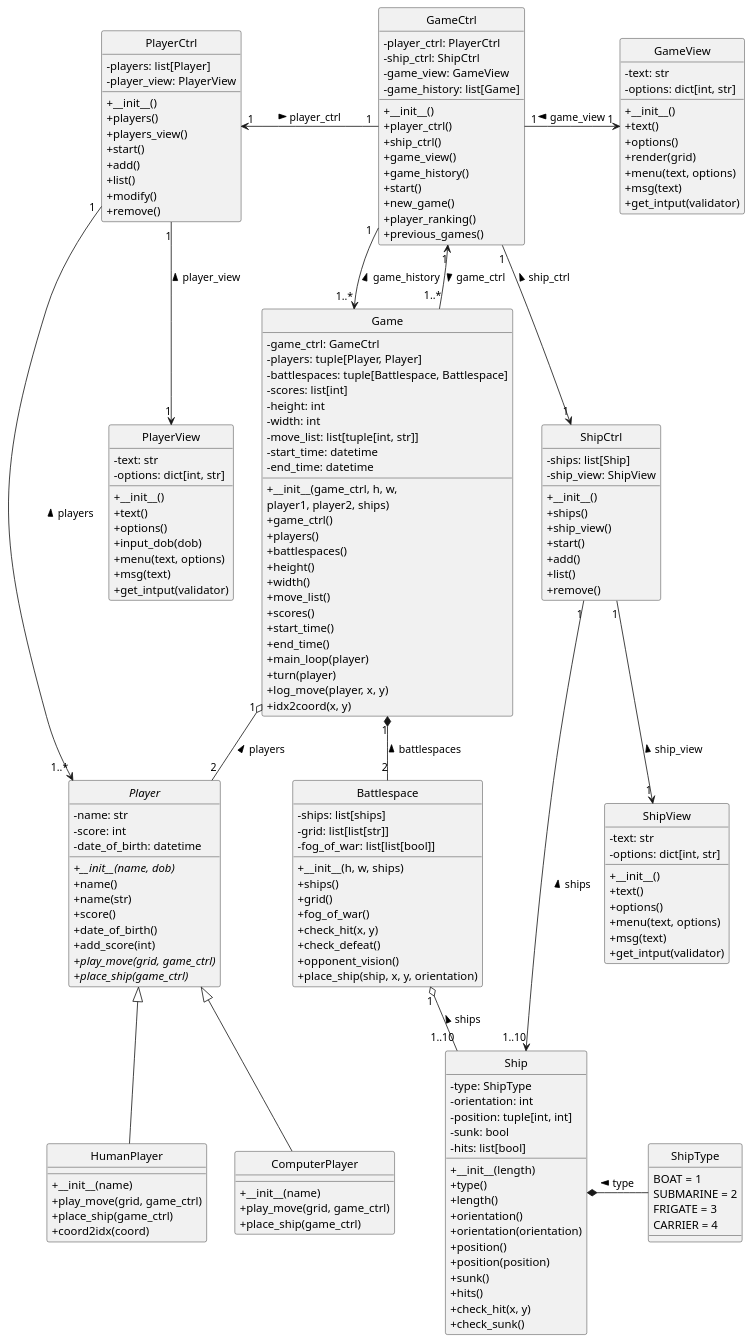
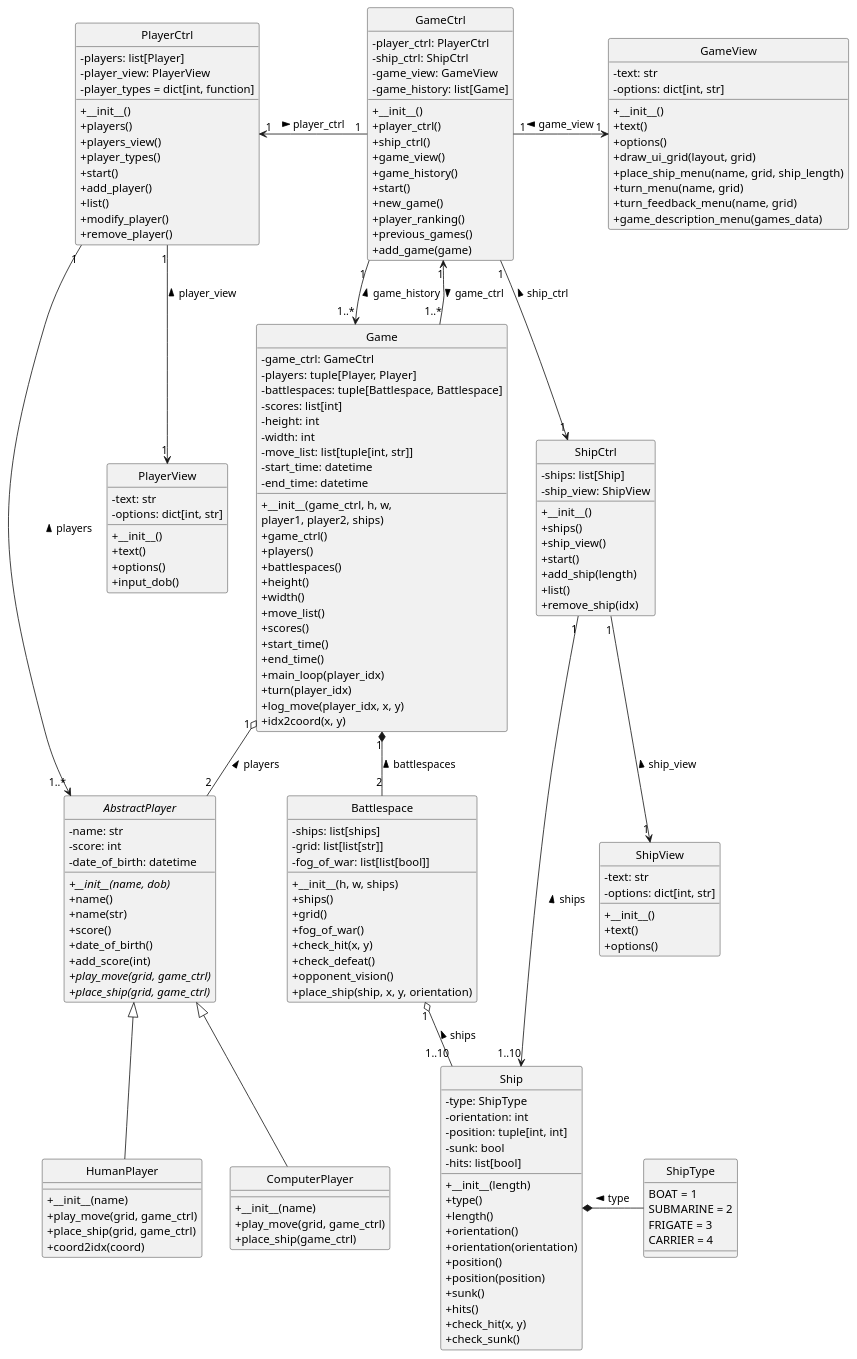
One commit to leoniro/battleship changed the diagram in class_diagram.puml. Above: the diagram before and after it, drawn with PlantUML. The commit also changed 4 other files, not shown here.

Commit message:
UML atualizado, submetendo

```diff
--- a/class_diagram.puml
+++ b/class_diagram.puml
@@ -1,200 +1,197 @@
 @startuml battleship_class_diagram
 
 skinparam classAttributeIconSize 0
 'left to right direction
 hide circle
 
 class Game {
     - game_ctrl: GameCtrl
     - players: tuple[Player, Player]
     - battlespaces: tuple[Battlespace, Battlespace]
     - scores: list[int]
     - height: int
     - width: int
     - move_list: list[tuple[int, str]]
     - start_time: datetime
     - end_time: datetime
     + __init__(game_ctrl, h, w,
             player1, player2, ships)
     + game_ctrl()
     + players()
     + battlespaces()
     + height()
     + width()
     + move_list()
     + scores()
     + start_time()
     + end_time()
-    + main_loop(player)
-    + turn(player)
-    + log_move(player, x, y)
+    + main_loop(player_idx)
+    + turn(player_idx)
+    + log_move(player_idx, x, y)
     + idx2coord(x, y)
 }
 
 class GameCtrl {
     - player_ctrl: PlayerCtrl
     - ship_ctrl: ShipCtrl
     - game_view: GameView
     - game_history: list[Game]
     + __init__()
     + player_ctrl()
     + ship_ctrl()
     + game_view()
     + game_history()
     + start()
     + new_game()
     + player_ranking()
     + previous_games()
+    + add_game(game)
 }
 
 class GameView {
     - text: str
     - options: dict[int, str]
     + __init__()
     + text()
     + options()
-    + render(grid)
-    + menu(text, options)
-    + msg(text)
-    + get_intput(validator)
+    + draw_ui_grid(layout, grid)
+    + place_ship_menu(name, grid, ship_length)
+    + turn_menu(name, grid)
+    + turn_feedback_menu(name, grid)
+    + game_description_menu(games_data)
 }
 
 class Battlespace {
     - ships: list[ships]
     - grid: list[list[str]]
     - fog_of_war: list[list[bool]]
     + __init__(h, w, ships)
     + ships()
     + grid()
     + fog_of_war()
     + check_hit(x, y)
     + check_defeat()
     + opponent_vision()
     + place_ship(ship, x, y, orientation)
 }
 
 class Ship {
     - type: ShipType
     - orientation: int
     - position: tuple[int, int]
     - sunk: bool
     - hits: list[bool]
     + __init__(length)
     + type()
     + length()
     + orientation()
     + orientation(orientation)
     + position()
     + position(position)
     + sunk()
     + hits()
     + check_hit(x, y)
     + check_sunk()
 }
 
 enum ShipType {
     BOAT = 1
     SUBMARINE = 2
     FRIGATE = 3
     CARRIER = 4
 }
 
 class ShipCtrl{
     - ships: list[Ship]
     - ship_view: ShipView
     + __init__()
     + ships()
     + ship_view()
     + start()
-    + add()
+    + add_ship(length)
     + list()
-    + remove()
+    + remove_ship(idx)
 }
 
 class ShipView {
     - text: str
     - options: dict[int, str]
     + __init__()
     + text()
     + options()
-    + menu(text, options)
-    + msg(text)
-    + get_intput(validator)
 }
 
 class PlayerCtrl {
     - players: list[Player]
     - player_view: PlayerView
+    - player_types = dict[int, function]
     + __init__()
     + players()
     + players_view()
+    + player_types()
     + start()
-    + add()
+    + add_player()
     + list()
-    + modify()
-    + remove()
+    + modify_player()
+    + remove_player()
 }
 
-abstract class Player {
+abstract class AbstractPlayer {
     - name: str
     - score: int
     - date_of_birth: datetime
     + __init__(name, dob) {abstract}
     + name()
     + name(str)
     + score()
     + date_of_birth()
     + add_score(int)
     + play_move(grid, game_ctrl) {abstract}
-    + place_ship(game_ctrl) {abstract}
+    + place_ship(grid, game_ctrl) {abstract}
 }
 
 class PlayerView {
     - text: str
     - options: dict[int, str]
     + __init__()
     + text()
     + options()
-    + input_dob(dob)
-    + menu(text, options)
-    + msg(text)
-    + get_intput(validator)
+    + input_dob()
 }
 
 class HumanPlayer {
     + __init__(name)
     + play_move(grid, game_ctrl)
-    + place_ship(game_ctrl)
+    + place_ship(grid, game_ctrl)
     + coord2idx(coord)
 }
 
 class ComputerPlayer {
     + __init__(name)
     + play_move(grid, game_ctrl)
     + place_ship(game_ctrl)
 }
 
-
 GameCtrl "1" --> "1..*" Game : game_history <
 GameCtrl "1" <-- "1..*" Game : game_ctrl >
 GameCtrl "1" -r-> "1" GameView : game_view <
 
 GameCtrl "1" -l-> "1" PlayerCtrl : player_ctrl <
 GameCtrl "1" --> "1" ShipCtrl : ship_ctrl <
 
-PlayerCtrl "1" --> "1..*" Player : players <
+PlayerCtrl "1" --> "1..*" AbstractPlayer : players <
 PlayerCtrl "1" --> "1" PlayerView : player_view <
 
-Game "1" o-- "2" Player : players <
+Game "1" o-- "2" AbstractPlayer : players <
 
-Player <|-- HumanPlayer
-Player <|-- ComputerPlayer
+AbstractPlayer <|-- HumanPlayer
+AbstractPlayer <|-- ComputerPlayer
 
 Game "1" *-- "2" Battlespace : battlespaces <
 
 ShipCtrl "1" --> "1..10" Ship : ships <
 ShipCtrl "1" --> "1" ShipView : ship_view <
 Battlespace "1" o-- "1..10" Ship : ships <
 
 Ship *-r ShipType : type <
 @enduml
```
